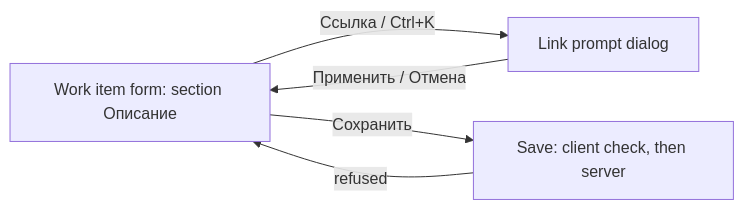
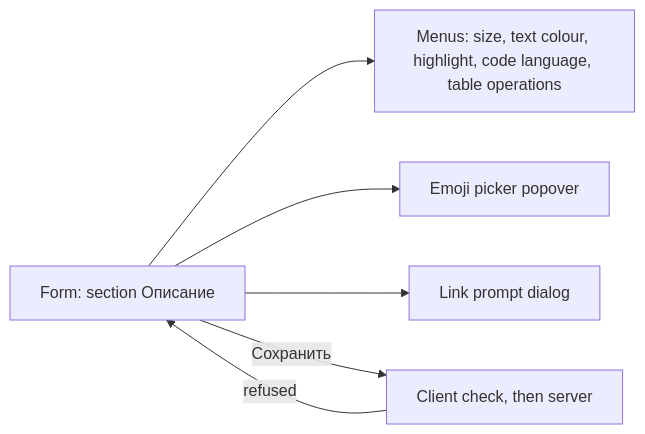
The diagram in docs/features/feat-018-work-item-rich-text/design.md (totKtoXam/mustask), drawn with Mermaid before and after one commit. The commit also changed other lines of this file and 4 other files, not shown here.

````diff
--- a/docs/features/feat-018-work-item-rich-text/design.md
+++ b/docs/features/feat-018-work-item-rich-text/design.md
@@ -17,7 +18,8 @@
 ```mermaid
 flowchart LR
-    F[Work item form: section Описание] -->|Ссылка / Ctrl+K| L[Link prompt dialog]
-    L -->|Применить / Отмена| F
-    F -->|Сохранить| S[Save: client check, then server]
+    F[Form: section Описание] --> M[Menus: size, text colour, highlight, code language, table operations]
+    F --> E[Emoji picker popover]
+    F --> L[Link prompt dialog]
+    F -->|Сохранить| S[Client check, then server]
     S -->|refused| F
 ```
````
